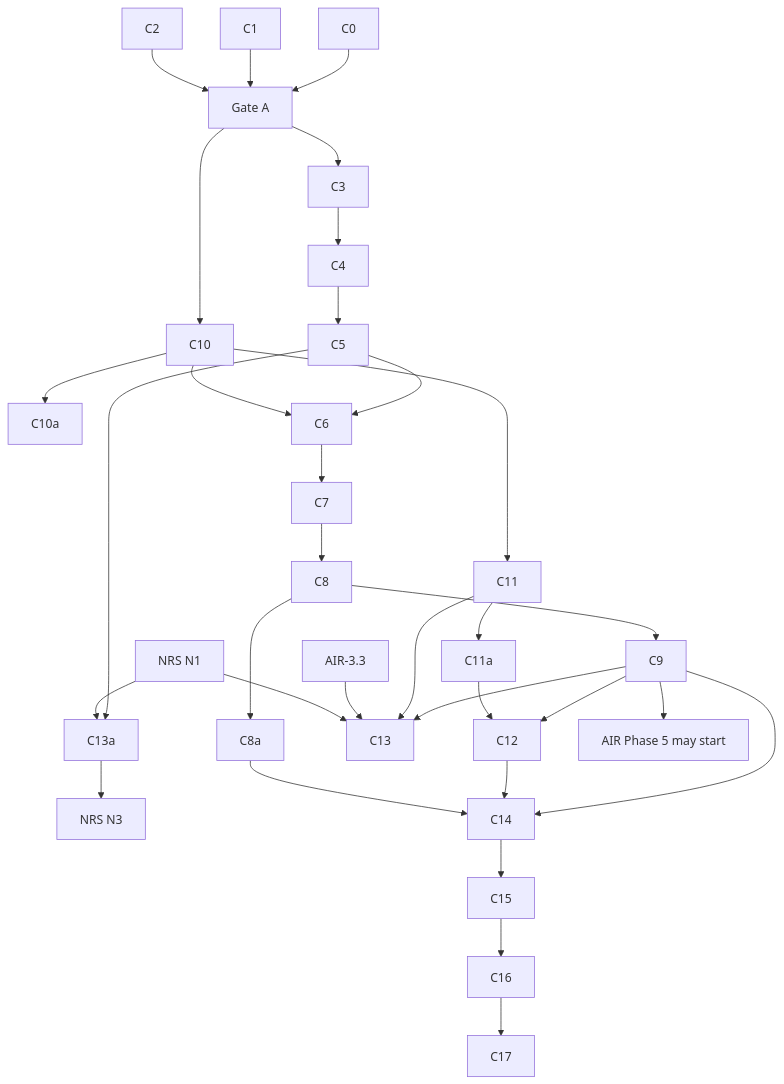
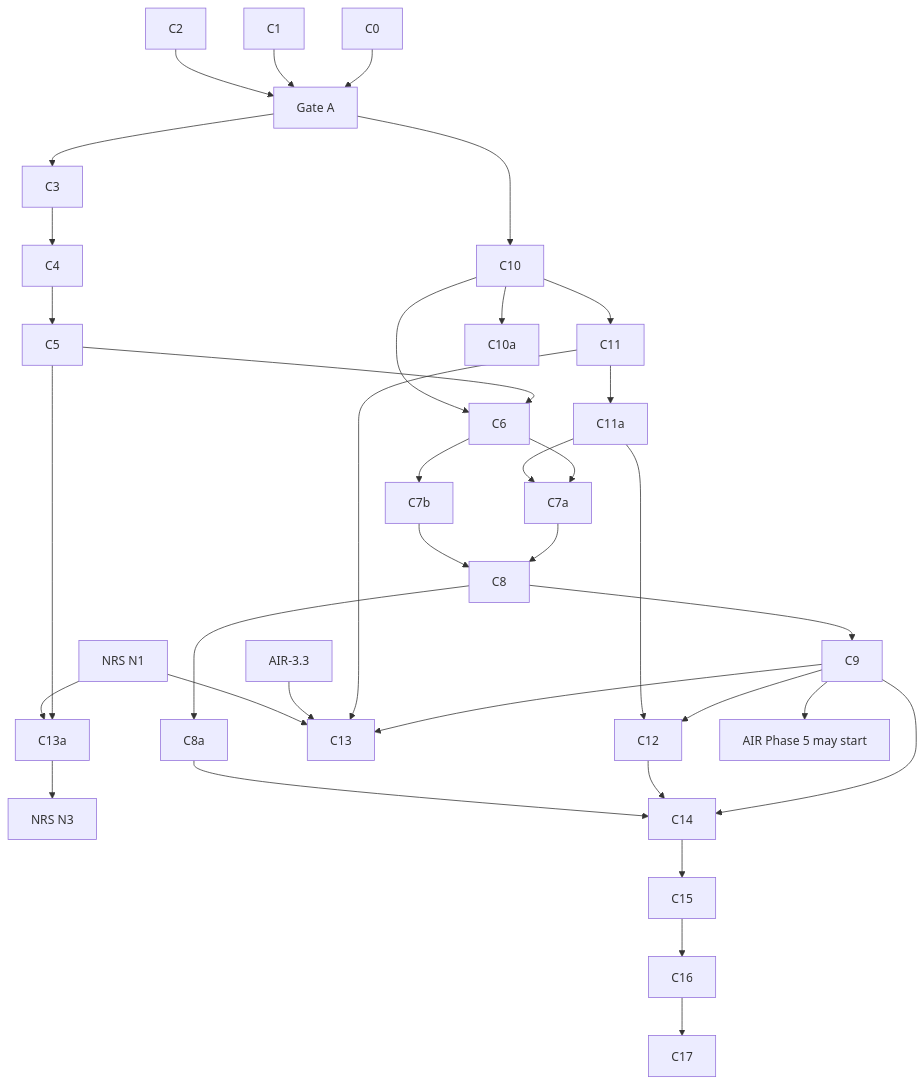
One commit to nebularis/lattice changed the diagram in docs/developer/plans/computable-contract-substrate.md. Above: the diagram before and after it, drawn with Mermaid. The commit also changed other lines of this file and 10 other files, not shown here.

````diff
--- a/docs/developer/plans/computable-contract-substrate.md
+++ b/docs/developer/plans/computable-contract-substrate.md
@@ -806,18 +807,20 @@
 ```mermaid
 flowchart TB
     C0 & C1 & C2 --> GA["Gate A"]
     GA --> C3 --> C4 --> C5
     GA --> C10 --> C11 --> C11a
     C10 --> C10a
-    C5 & C10 --> C6 --> C7 --> C8 --> C8a
+    C5 & C10 --> C6 --> C7b
+    C6 & C11a --> C7a
+    C7a & C7b --> C8 --> C8a
     C8 --> C9
     C9 & C11a --> C12
     C9 & C11 --> C13
     C5 & N1 --> C13a
     C13a --> N3["NRS N3"]
     AIR33["AIR-3.3"] --> C13
     N1["NRS N1"] --> C13
     C9 & C12 --> C14 --> C15 --> C16 --> C17
     C8a --> C14
     C9 --> P5["AIR Phase 5 may start"]
 ```
````
